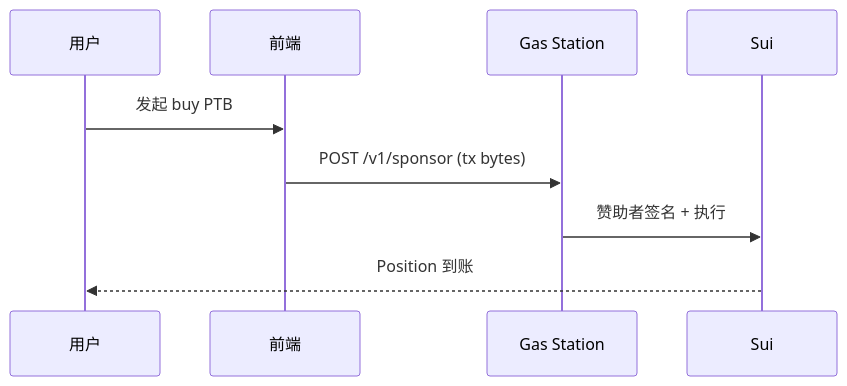
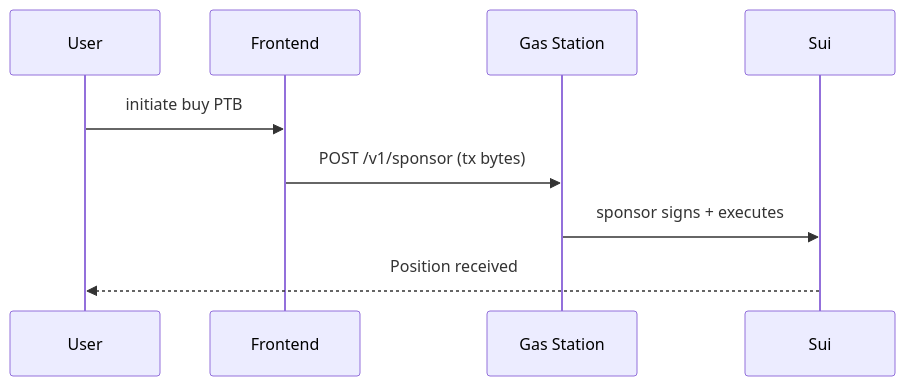
One commit to bamaao/x-market changed the eighth of 8 diagrams in docs/business-spec.md. Above: the diagram before and after it, drawn with Mermaid. The commit also changed other lines of this file and 93 other files, not shown here.

````diff
--- a/docs/business-spec.md
+++ b/docs/business-spec.md
@@ -849,12 +851,12 @@
 ```mermaid
 sequenceDiagram
-    participant User as 用户
-    participant UI as 前端
+    participant User as User
+    participant UI as Frontend
     participant GS as Gas Station
     participant Chain as Sui
 
-    User->>UI: 发起 buy PTB
+    User->>UI: initiate buy PTB
     UI->>GS: POST /v1/sponsor (tx bytes)
-    GS->>Chain: 赞助者签名 + 执行
-    Chain-->>User: Position 到账
+    GS->>Chain: sponsor signs + executes
+    Chain-->>User: Position received
 ```
````
